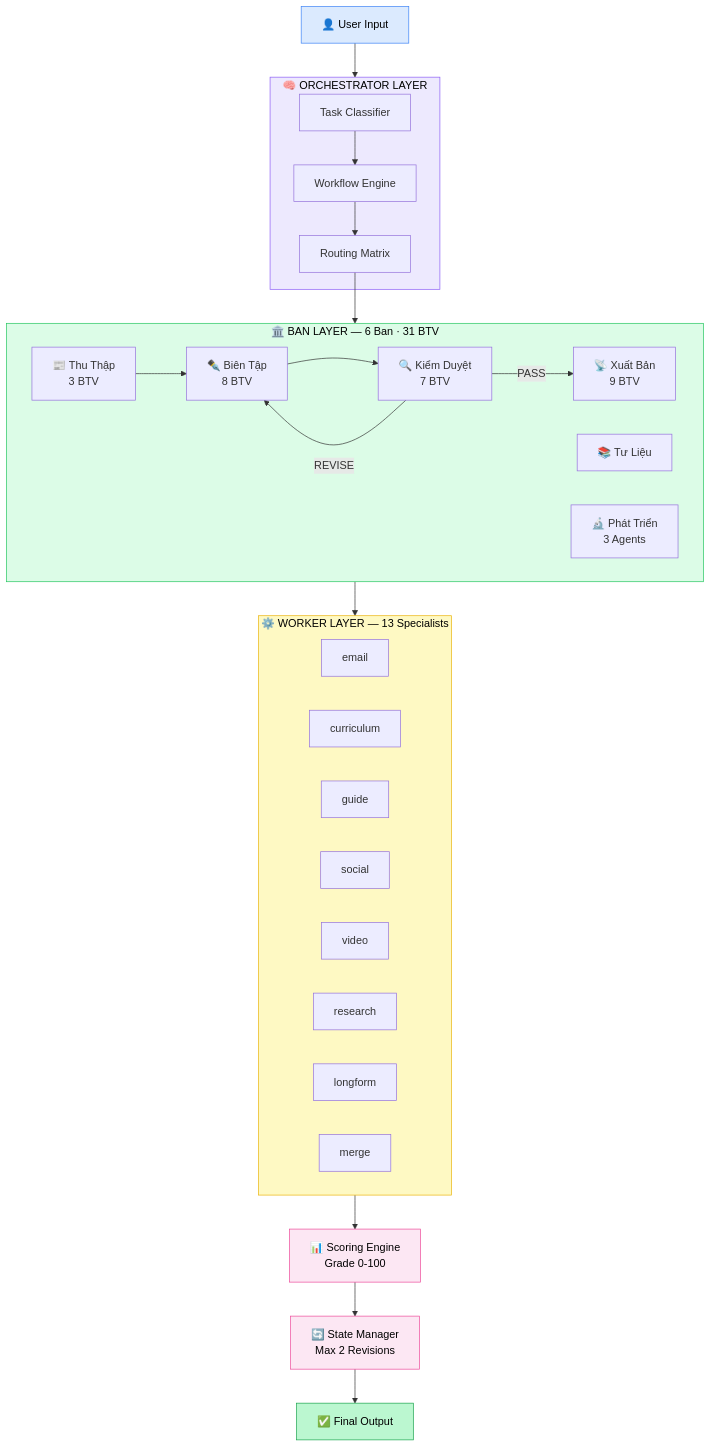
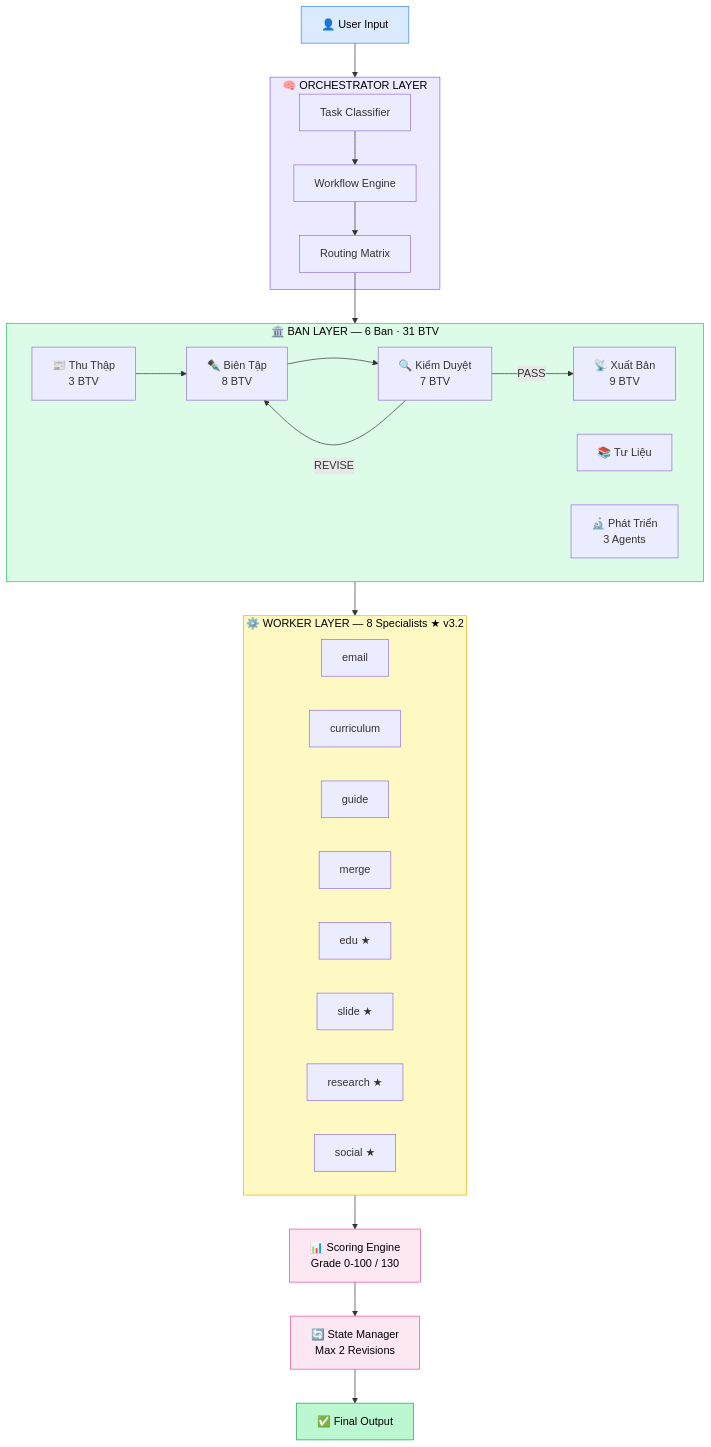
One commit to xaotiensinh-abm/viet-chuyen-nghiep changed the second of 8 diagrams in README.md. Above: the diagram before and after it, drawn with Mermaid. The commit also changed other lines of this file, not shown here.

Commit message:
docs: Update README.md for v3.2 — new pipelines, workers, fiction spotlight, architecture diagrams

````diff
--- a/README.md
+++ b/README.md
@@ -93,51 +124,51 @@
 ```mermaid
 graph TB
     USER["👤 User Input"] --> ORC
 
     subgraph ORC["🧠 ORCHESTRATOR LAYER"]
         TC["Task Classifier"] --> WE["Workflow Engine"]
         WE --> RM["Routing Matrix"]
     end
 
     RM --> BAN
 
     subgraph BAN["🏛️ BAN LAYER — 6 Ban · 31 BTV"]
         direction LR
         B1["📰 Thu Thập<br/>3 BTV"]
         B2["✒️ Biên Tập<br/>8 BTV"]
         B3["🔍 Kiểm Duyệt<br/>7 BTV"]
         B4["📡 Xuất Bản<br/>9 BTV"]
         B5["📚 Tư Liệu"]
         B6["🔬 Phát Triển<br/>3 Agents"]
     end
 
     B1 --> B2 --> B3
     B3 -->|PASS| B4
     B3 -->|REVISE| B2
 
     BAN --> WKR
 
-    subgraph WKR["⚙️ WORKER LAYER — 13 Specialists"]
+    subgraph WKR["⚙️ WORKER LAYER — 8 Specialists ★ v3.2"]
         direction LR
         W1["email"]
         W2["curriculum"]
         W3["guide"]
-        W4["social"]
-        W5["video"]
-        W6["research"]
-        W7["longform"]
-        W8["merge"]
+        W4["merge"]
+        W5["edu ★"]
+        W6["slide ★"]
+        W7["research ★"]
+        W8["social ★"]
     end
 
-    WKR --> SE["📊 Scoring Engine<br/>Grade 0-100"]
+    WKR --> SE["📊 Scoring Engine<br/>Grade 0-100 / 130"]
     SE --> SM["🔄 State Manager<br/>Max 2 Revisions"]
     SM --> OUTPUT["✅ Final Output"]
 
     style USER fill:#dbeafe,stroke:#3b82f6,color:#000
     style ORC fill:#ede9fe,stroke:#8b5cf6,color:#000
     style BAN fill:#dcfce7,stroke:#22c55e,color:#000
     style WKR fill:#fef9c3,stroke:#eab308,color:#000
     style OUTPUT fill:#bbf7d0,stroke:#16a34a,color:#000
     style SE fill:#fce7f3,stroke:#ec4899,color:#000
     style SM fill:#fce7f3,stroke:#ec4899,color:#000
 ```
````
